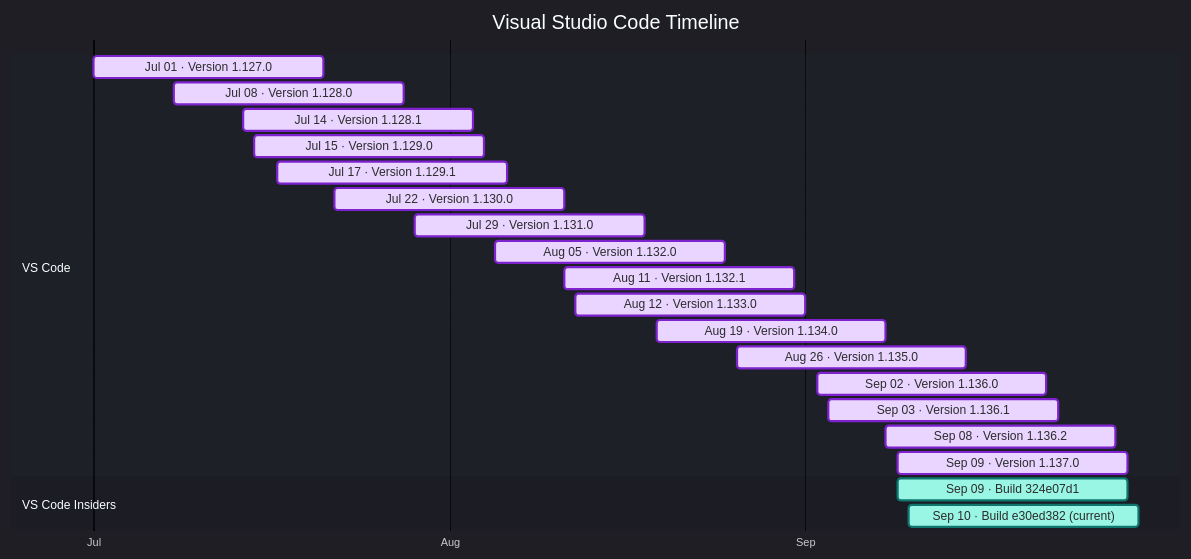
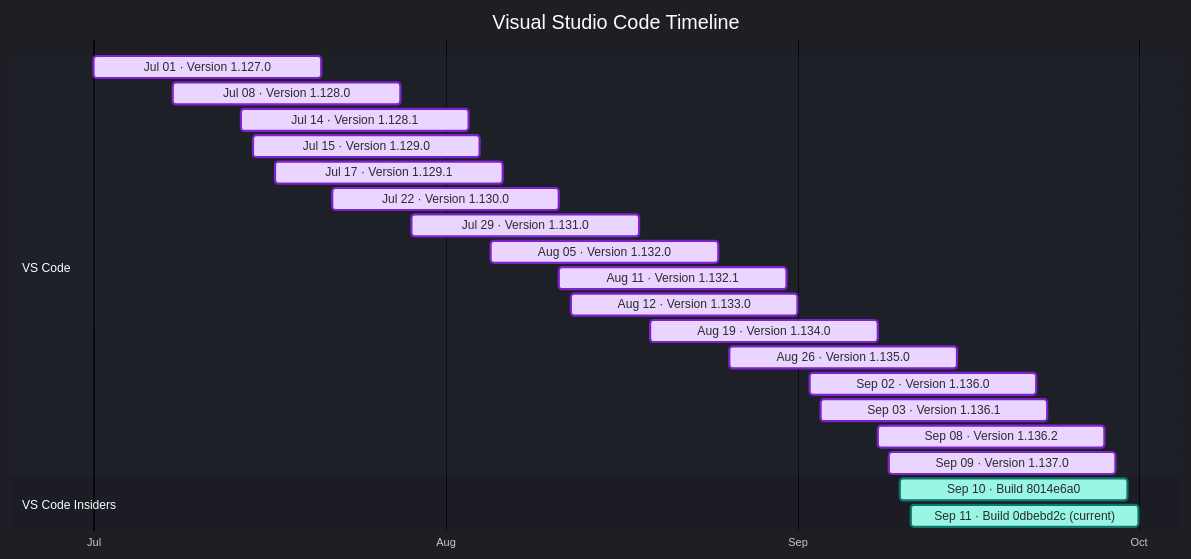
Before and after one commit to Oxelya-DevTools/VisualStudioUpdate: the diagram in docs/vscode.md, drawn with Mermaid. The commit also changed other lines of this file and 1 other file, not shown here.

````diff
--- a/docs/vscode.md
+++ b/docs/vscode.md
@@ -9,28 +9,28 @@
 ```mermaid
 %%{init: {'theme':'dark','themeVariables': { 'fontFamily': 'Segoe UI', 'fontSize': '24px', 'textColor': '#F3F4F6', 'titleTextColor': '#FFFFFF', 'taskTextColor': '#111827', 'taskTextLightColor': '#111827', 'taskTextOutsideColor': '#F3F4F6', 'taskBkgColor': '#BAE6FD', 'taskBorderColor': '#0369A1', 'doneTaskBkgColor': '#E9D5FF', 'doneTaskBorderColor': '#7E22CE', 'activeTaskBkgColor': '#99F6E4', 'activeTaskBorderColor': '#0F766E', 'critTaskBkgColor': '#FED7AA', 'critTaskBorderColor': '#C2410C', 'sectionBkgColor': '#1F2937', 'altSectionBkgColor': '#111827', 'gridColor': '#4B5563', 'todayLineColor': '#F87171' }}}%%
 gantt
     title Visual Studio Code Timeline
     dateFormat  YYYY-MM-DD
     axisFormat  %b
     tickInterval 1month
     section VS Code
     Jul 01 · Version 1.127.0 : done, vscode202607010, 2026-07-01, 20d
     Jul 08 · Version 1.128.0 : done, vscode202607081, 2026-07-08, 20d
     Jul 14 · Version 1.128.1 : done, vscode202607142, 2026-07-14, 20d
     Jul 15 · Version 1.129.0 : done, vscode202607153, 2026-07-15, 20d
     Jul 17 · Version 1.129.1 : done, vscode202607174, 2026-07-17, 20d
     Jul 22 · Version 1.130.0 : done, vscode202607225, 2026-07-22, 20d
     Jul 29 · Version 1.131.0 : done, vscode202607296, 2026-07-29, 20d
     Aug 05 · Version 1.132.0 : done, vscode202608057, 2026-08-05, 20d
     Aug 11 · Version 1.132.1 : done, vscode202608118, 2026-08-11, 20d
     Aug 12 · Version 1.133.0 : done, vscode202608129, 2026-08-12, 20d
     Aug 19 · Version 1.134.0 : done, vscode2026081910, 2026-08-19, 20d
     Aug 26 · Version 1.135.0 : done, vscode2026082611, 2026-08-26, 20d
     Sep 02 · Version 1.136.0 : done, vscode2026090212, 2026-09-02, 20d
     Sep 03 · Version 1.136.1 : done, vscode2026090313, 2026-09-03, 20d
     Sep 08 · Version 1.136.2 : done, vscode2026090814, 2026-09-08, 20d
     Sep 09 · Version 1.137.0 : done, vscode2026090915, 2026-09-09, 20d
     section VS Code Insiders
-    Sep 09 · Build 324e07d1 : active, vscodeinsiders202609090, 2026-09-09, 20d
-    Sep 10 · Build e30ed382 (current) : active, vscodeinsiders202609101, 2026-09-10, 20d
+    Sep 10 · Build 8014e6a0 : active, vscodeinsiders202609100, 2026-09-10, 20d
+    Sep 11 · Build 0dbebd2c (current) : active, vscodeinsiders202609111, 2026-09-11, 20d
 ```
````
